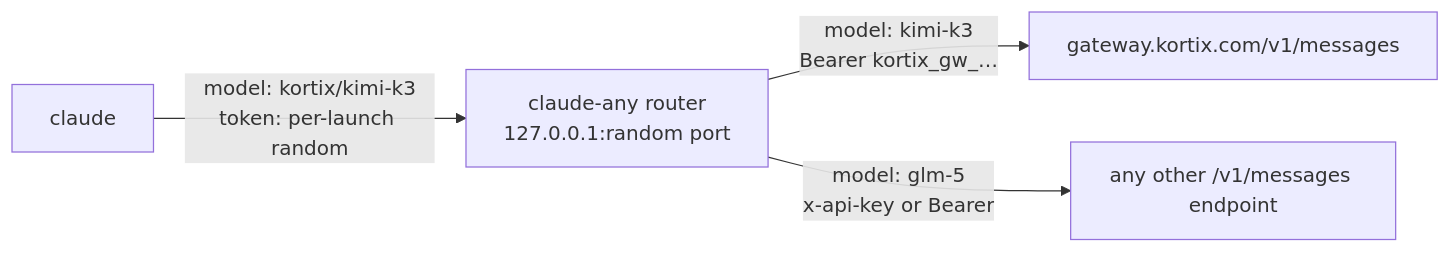
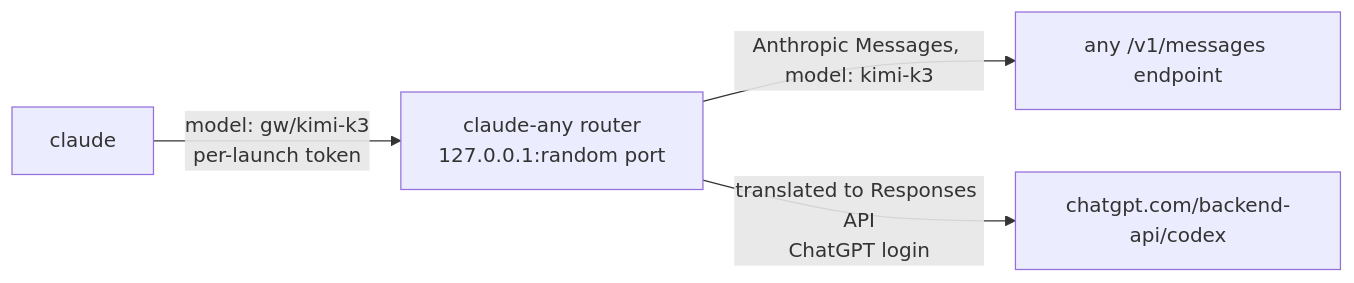
The diagram in README.md (markokraemer/claude-any), drawn with Mermaid before and after one commit. The commit also changed other lines of this file and 18 other files, not shown here.

First line of the commit message:
0.2.0: local Codex provider (ChatGPT plan via codex login), provider-neutral router

````diff
--- a/README.md
+++ b/README.md
@@ -58,6 +70,6 @@
 ```mermaid
 flowchart LR
-  CC[claude] -- "model: kortix/kimi-k3<br/>token: per-launch random" --> R[claude-any router<br/>127.0.0.1:random port]
-  R -- "model: kimi-k3<br/>Bearer kortix_gw_…" --> K[gateway.kortix.com/v1/messages]
-  R -- "model: glm-5<br/>x-api-key or Bearer" --> O[any other /v1/messages endpoint]
+  CC[claude] -- "model: gw/kimi-k3<br/>per-launch token" --> R[claude-any router<br/>127.0.0.1:random port]
+  R -- "Anthropic Messages, model: kimi-k3" --> G[any /v1/messages endpoint]
+  R -- "translated to Responses API<br/>ChatGPT login" --> C[chatgpt.com/backend-api/codex]
 ```
````
